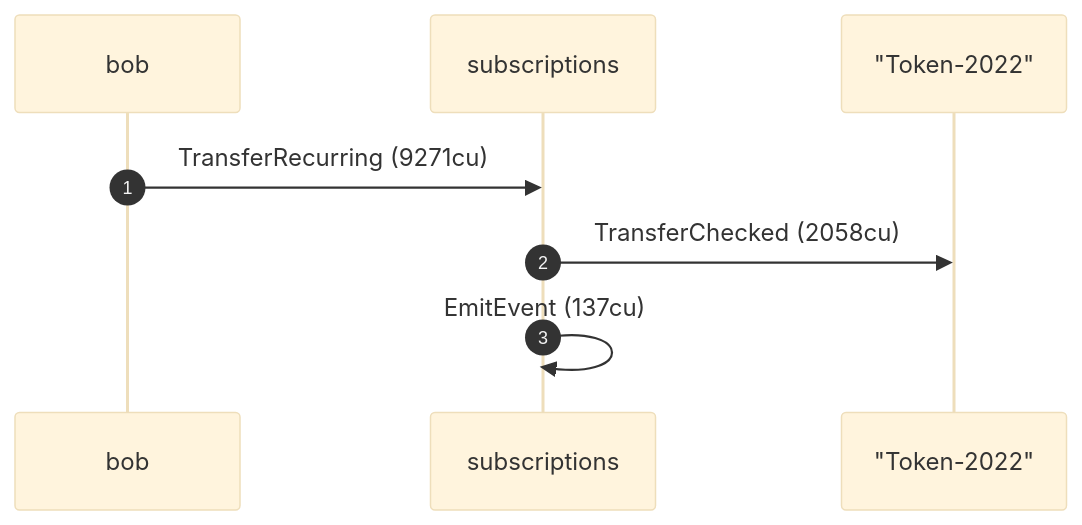
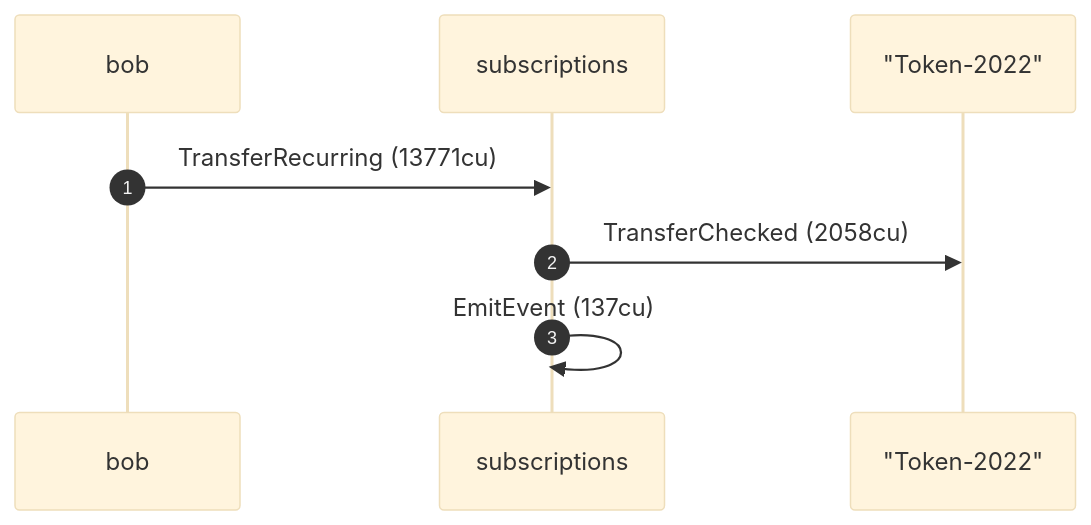
One commit to cds-rs/subscriptions changed the ninth of 12 diagrams in dsl_tests/recurring-transfer-over-a-token-2022-confidential-transfer-mint.md. Above: the diagram before and after it, drawn with Mermaid (base theme). The commit also changed other lines of this file and 224 other files, not shown here.

````diff
--- a/dsl_tests/recurring-transfer-over-a-token-2022-confidential-transfer-mint.md
+++ b/dsl_tests/recurring-transfer-over-a-token-2022-confidential-transfer-mint.md
@@ -185,10 +194,10 @@
 ```mermaid
 sequenceDiagram
     autonumber
     participant bob
     participant subscriptions
     participant Token_2022 as "Token-2022"
-    bob ->> subscriptions: TransferRecurring (9271cu)
+    bob ->> subscriptions: TransferRecurring (13771cu)
     subscriptions ->> Token_2022: TransferChecked (2058cu)
     subscriptions ->> subscriptions: EmitEvent (137cu)
 ```
````
